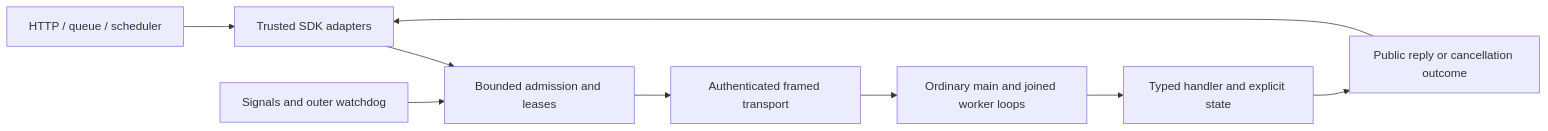
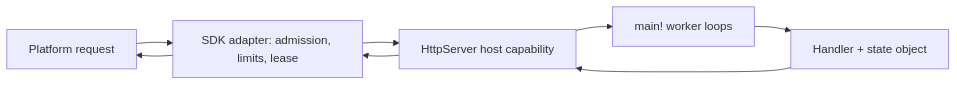
One commit to HerringtonDarkholme/hd-lang changed the diagram in docs/future-work/SERVER_APPLICATIONS.md. Above: the diagram before and after it, drawn with Mermaid. The commit also changed other lines of this file and 3 other files, not shown here.

First line of the commit message:
Merge HTTP_SERVER into SERVER_APPLICATIONS

````diff
--- a/docs/future-work/SERVER_APPLICATIONS.md
+++ b/docs/future-work/SERVER_APPLICATIONS.md
@@ -383,11 +199,10 @@
 ```mermaid
 flowchart LR
-    Ingress[HTTP / queue / scheduler] --> Adapter[Trusted SDK adapters]
-    Adapter --> Admission[Bounded admission and leases]
-    Admission --> Transport[Authenticated framed transport]
-    Transport --> Workers[Ordinary main and joined worker loops]
-    Workers --> Handler[Typed handler and explicit state]
-    Handler --> Reply[Public reply or cancellation outcome]
-    Reply --> Adapter
-    Signals[Signals and outer watchdog] --> Admission
+    Platform[Platform request] --> Adapter[SDK adapter: admission, limits, lease]
+    Adapter --> Cap[HttpServer host capability]
+    Cap --> Workers[main! worker loops]
+    Workers --> Handler[Handler + state object]
+    Handler --> Cap
+    Cap --> Adapter
+    Adapter --> Platform
 ```
````
